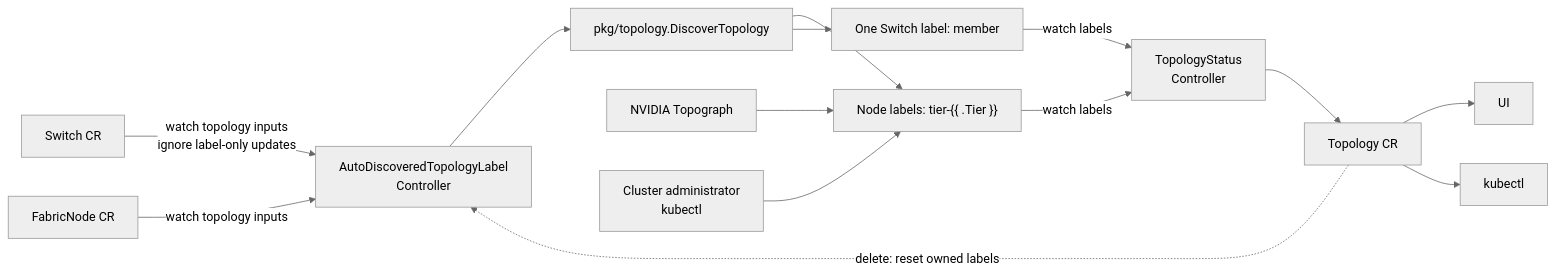
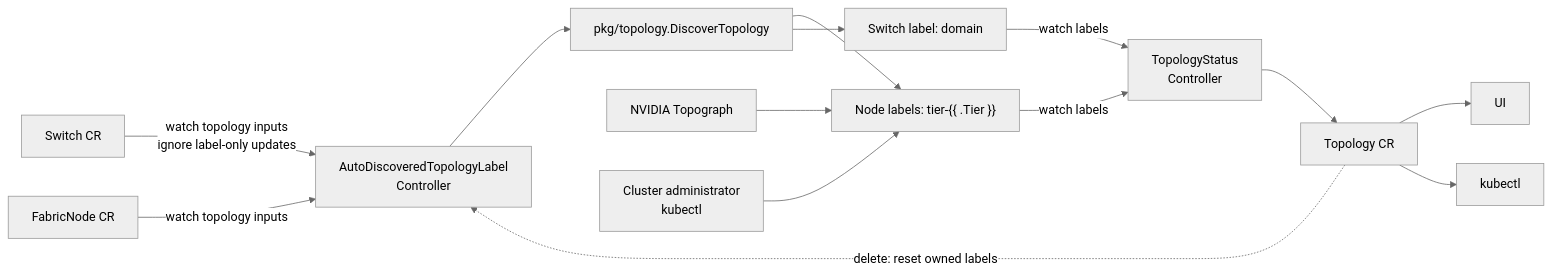
One commit to unifabric-io/unifabric changed the diagram in docs/design/topology-crd.md. Above: the diagram before and after it, drawn with Mermaid (neutral theme). The commit also changed other lines of this file and 85 other files, not shown here.

````diff
--- a/docs/design/topology-crd.md
+++ b/docs/design/topology-crd.md
@@ -271,18 +317,18 @@
 ```mermaid
 flowchart LR
   SW["Switch CR"] -->|"watch topology inputs\nignore label-only updates"| DL["AutoDiscoveredTopologyLabel\nController"]
   FN["FabricNode CR"] -->|"watch topology inputs"| DL
   DL --> P["pkg/topology.DiscoverTopology"]
   P --> NL["Node labels: tier-{{ .Tier }}"]
-  P --> SL["One Switch label: member"]
+  P --> SL["Switch label: domain"]
 
   NV["NVIDIA Topograph"] --> NL
   US["Cluster administrator \n kubectl"] --> NL
 
   NL -->|watch labels| TS["TopologyStatus\nController"]
   SL -->|watch labels| TS
   TS --> CR["Topology CR"]
   CR -.->|"delete: reset owned labels"| DL
   CR --> UI["UI"]
   CR --> USER["kubectl"]
 ```
````
